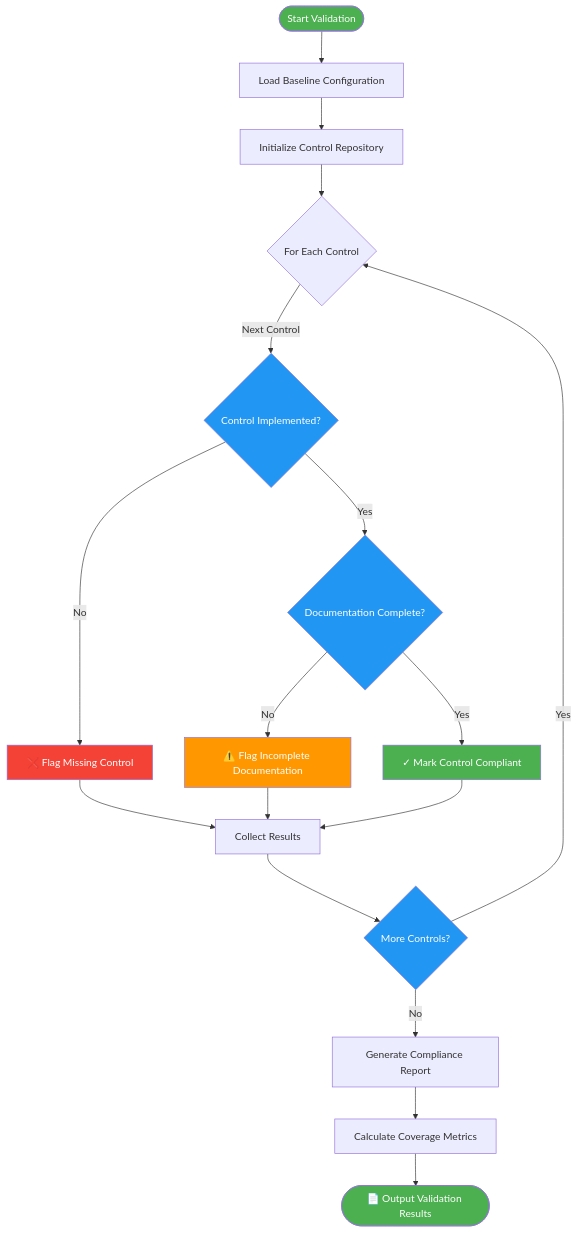
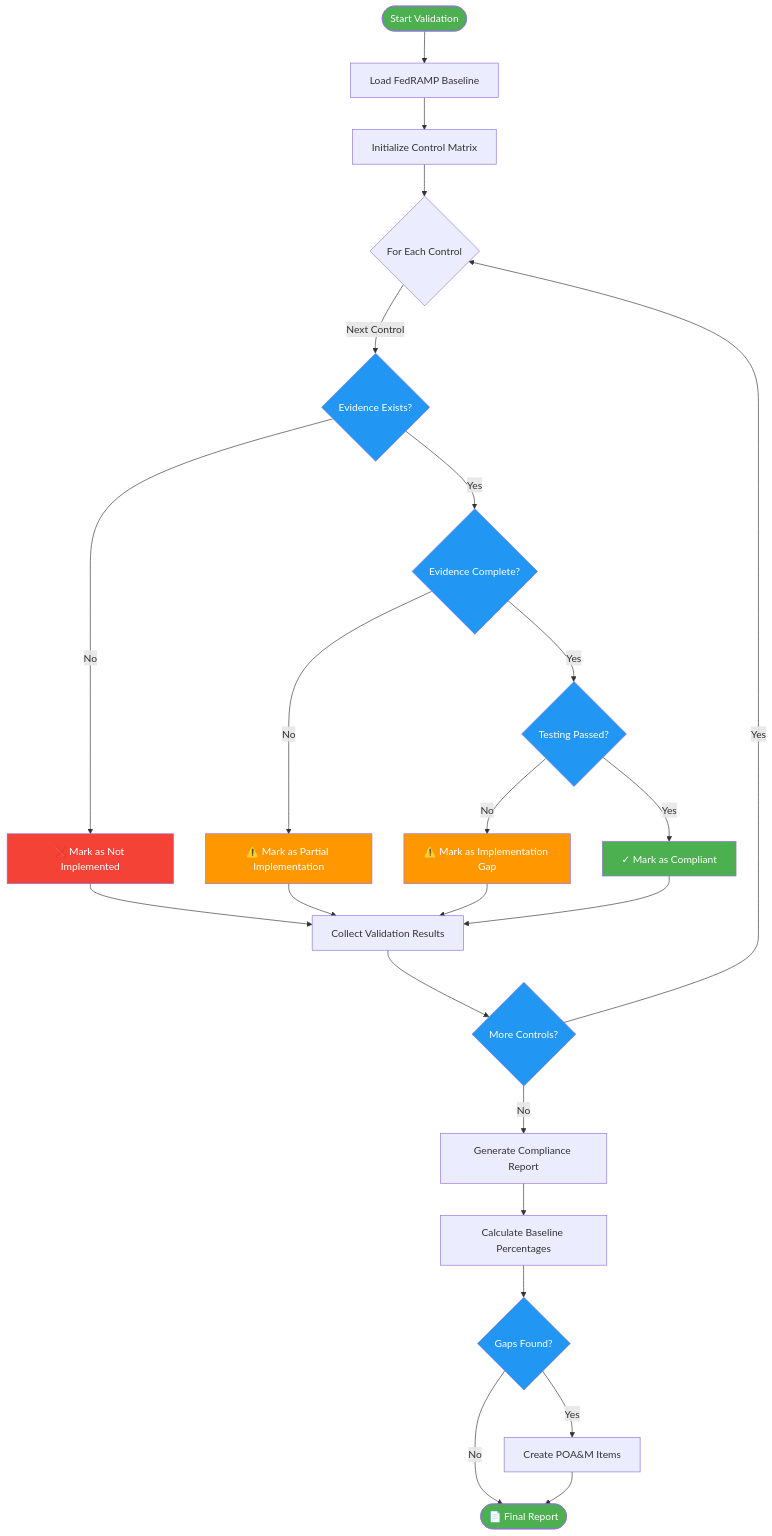
The third of 4 diagrams in security-compliance/fedramp/README.md (Suren-Jewels/Scripts-Toolkit), drawn with Mermaid before and after one commit. The commit also changed other lines of this file, not shown here.

````diff
--- a/security-compliance/fedramp/README.md
+++ b/security-compliance/fedramp/README.md
@@ -132,36 +131,48 @@
 ```mermaid
 flowchart TD
-    Start([Start Validation]) --> Step1[Load Baseline Configuration]
-    Step1 --> Step2[Initialize Control Repository]
+    Start([Start Validation]) --> Step1[Load FedRAMP Baseline]
+    Step1 --> Step2[Initialize Control Matrix]
     
     Step2 --> Loop{For Each Control}
     
-    Loop -->|Next Control| Decision1{Control Implemented?}
+    Loop -->|Next Control| Decision1{Evidence Exists?}
     
-    Decision1 -->|No| Action1[❌ Flag Missing Control]
-    Decision1 -->|Yes| Decision2{Documentation Complete?}
+    Decision1 -->|No| Action1[❌ Mark as Not Implemented]
+    Decision1 -->|Yes| Decision2{Evidence Complete?}
     
-    Decision2 -->|No| Action2[⚠️ Flag Incomplete Documentation]
-    Decision2 -->|Yes| Action3[✓ Mark Control Compliant]
+    Decision2 -->|No| Action2[⚠️ Mark as Partial Implementation]
+    Decision2 -->|Yes| Decision3{Testing Passed?}
     
-    Action1 --> Collect[Collect Results]
+    Decision3 -->|No| Action3[⚠️ Mark as Implementation Gap]
+    Decision3 -->|Yes| Action4[✓ Mark as Compliant]
+    
+    Action1 --> Collect[Collect Validation Results]
     Action2 --> Collect
     Action3 --> Collect
+    Action4 --> Collect
     
-    Collect --> MoreItems{More Controls?}
+    Collect --> MoreControls{More Controls?}
     
-    MoreItems -->|Yes| Loop
-    MoreItems -->|No| Generate[Generate Compliance Report]
+    MoreControls -->|Yes| Loop
+    MoreControls -->|No| Generate[Generate Compliance Report]
     
-    Generate --> Calculate[Calculate Coverage Metrics]
-    Calculate --> Output([📄 Output Validation Results])
+    Generate --> Calculate[Calculate Baseline Percentages]
+    Calculate --> POAMCheck{Gaps Found?}
+    
+    POAMCheck -->|Yes| CreatePOAM[Create POA&M Items]
+    POAMCheck -->|No| Output([📄 Final Report])
+    
+    CreatePOAM --> Output
     
     style Start fill:#4CAF50,color:#fff
     style Output fill:#4CAF50,color:#fff
-    style Action3 fill:#4CAF50,color:#fff
+    style Action4 fill:#4CAF50,color:#fff
     style Action2 fill:#FF9800,color:#fff
+    style Action3 fill:#FF9800,color:#fff
     style Action1 fill:#F44336,color:#fff
     style Decision1 fill:#2196F3,color:#fff
     style Decision2 fill:#2196F3,color:#fff
-    style MoreItems fill:#2196F3,color:#fff
+    style Decision3 fill:#2196F3,color:#fff
+    style MoreControls fill:#2196F3,color:#fff
+    style POAMCheck fill:#2196F3,color:#fff
 ```
````
